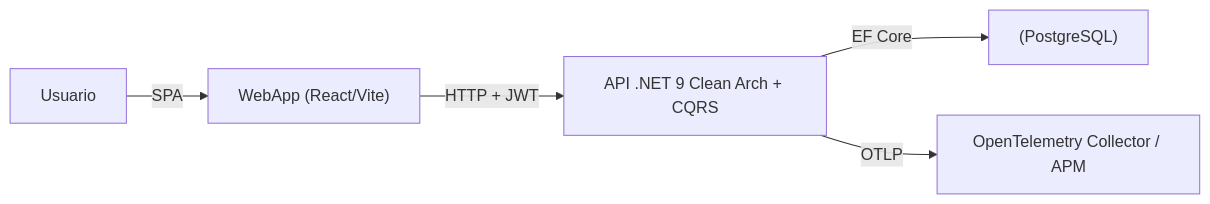
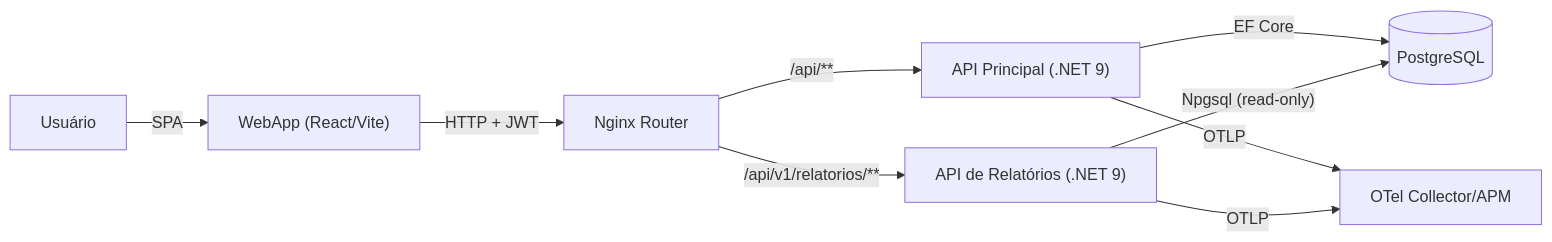
Before and after one commit to caiquefirefox/solution-architecture-challenge: the first of 7 diagrams in README.md, drawn with Mermaid. The commit also changed other lines of this file, not shown here.

````diff
--- a/README.md
+++ b/README.md
@@ -93,7 +113,14 @@
   ```mermaid
   flowchart LR
-    U[Usuario] -->|SPA| Web["WebApp (React/Vite)"]
-    Web -->|HTTP + JWT| Api["API .NET 9 Clean Arch + CQRS"]
-    Api -->|EF Core| DB["(PostgreSQL)"]
-    Api -->|OTLP| OTel["OpenTelemetry Collector / APM"]
+    U[Usuário] -->|SPA| Web["WebApp (React/Vite)"]
+    Web -->|HTTP + JWT| Edge[Nginx Router]
+  
+    Edge -->|/api/**| Api["API Principal (.NET 9)"]
+    Edge -->|/api/v1/relatorios/**| Rep["API de Relatórios (.NET 9)"]
+  
+    Api -->|EF Core| DB[(PostgreSQL)]
+    Rep -->|"Npgsql (read-only)"| DB
+  
+    Api -->|OTLP| OTel[OTel Collector/APM]
+    Rep -->|OTLP| OTel
   ```
````
